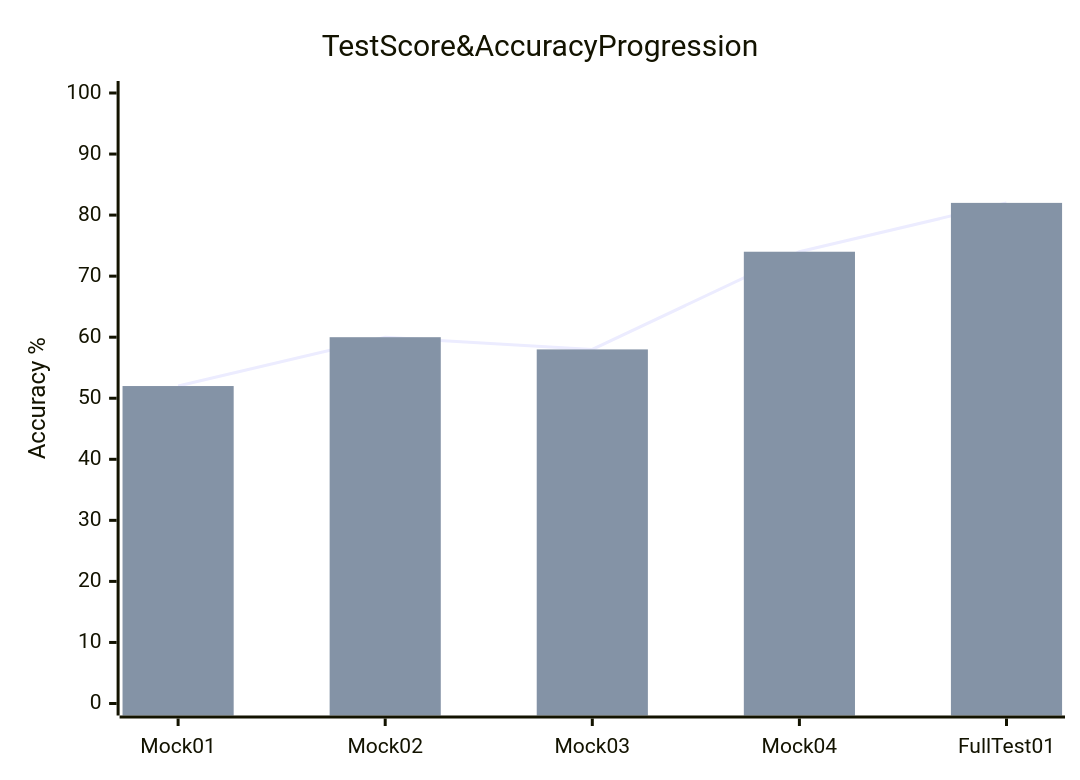
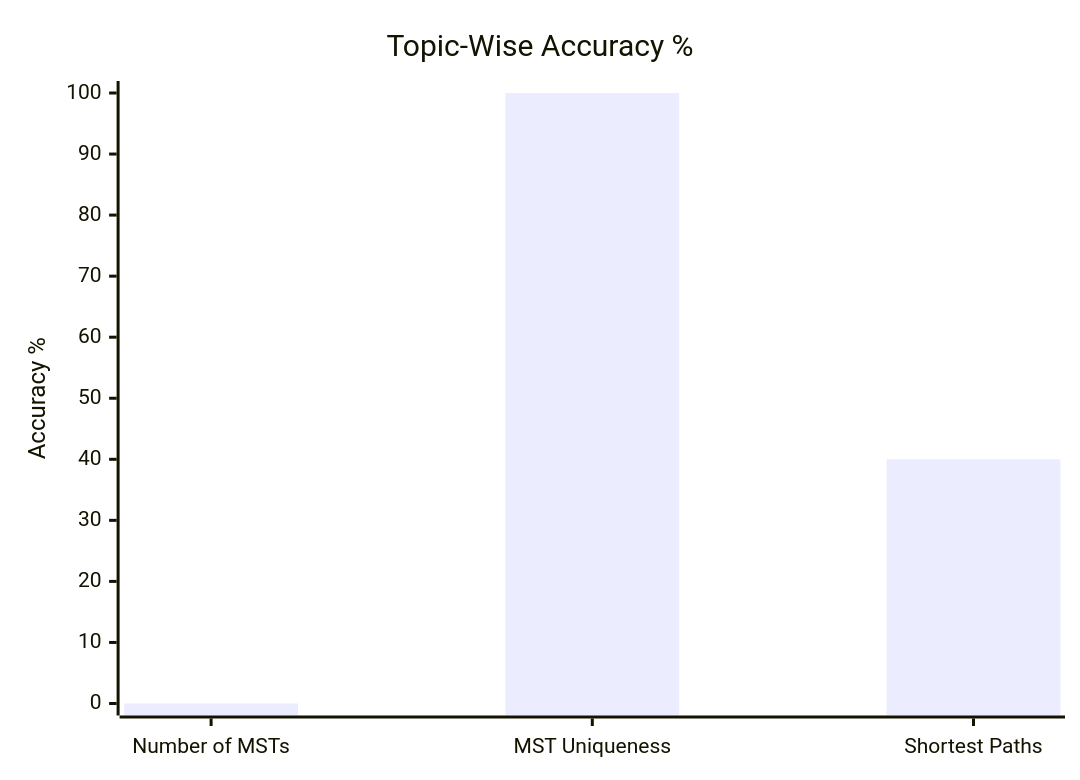
Before and after one commit to skc-coder/SAGE: the fourth of 4 diagrams in skills/exam-analysis-master/SKILL.md, drawn with Mermaid. The commit also changed other lines of this file and 4 other files, not shown here.

Commit message:
feat(analytics): implement hierarchical multi-level visual graph architecture (Exam-level, Subject-level Chapter & Topic charts)

````diff
--- a/skills/exam-analysis-master/SKILL.md
+++ b/skills/exam-analysis-master/SKILL.md
@@ -91,8 +98,7 @@
 ```mermaid
 xychart-beta
-    title Test Score & Accuracy Progression
-    x-axis [Mock 01, Mock 02, Mock 03, Mock 04, Full Test 01]
+    title "Topic-Wise Accuracy %"
+    x-axis ["Number of MSTs", "MST Uniqueness", "Shortest Paths"]
     y-axis "Accuracy %" 0 --> 100
-    line [52, 60, 58, 74, 82]
-    bar [52, 60, 58, 74, 82]
+    bar [0, 100, 40]
 ```
````
